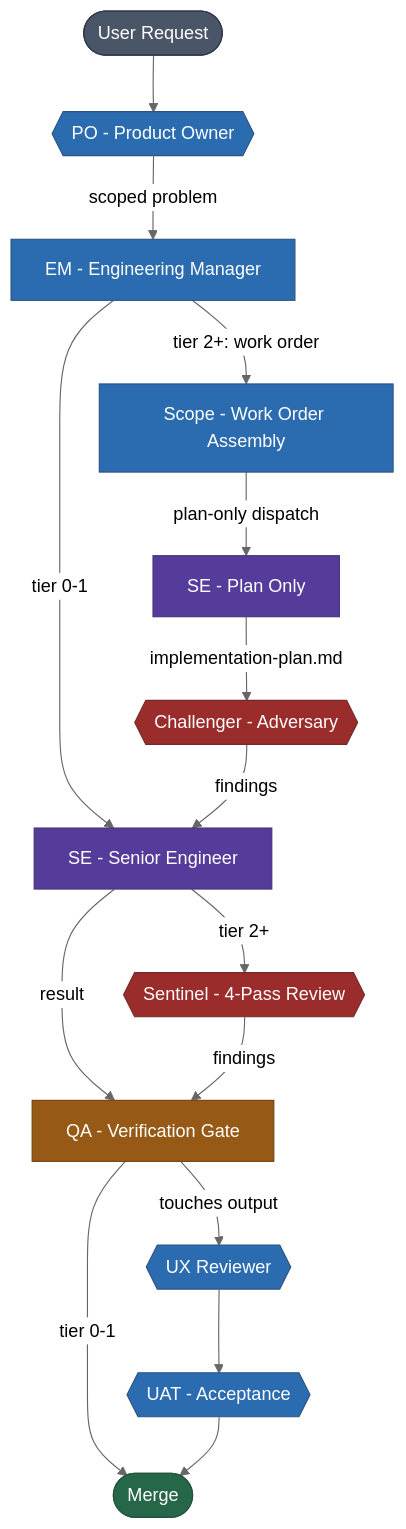
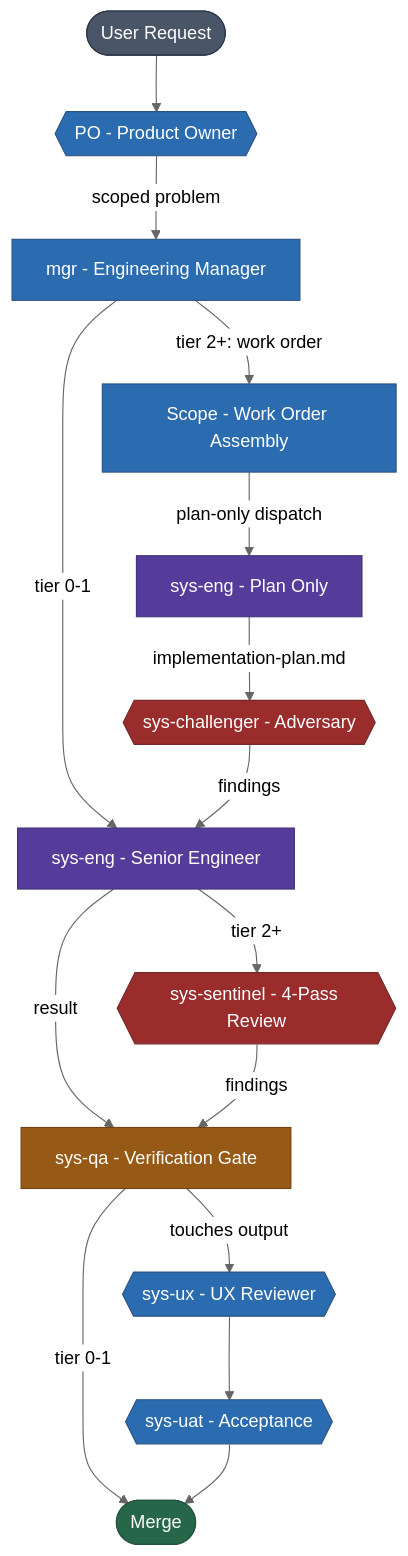
One commit to rfxn/rdf changed the diagram in README.md. Above: the diagram before and after it, drawn with Mermaid (neutral theme). The commit also changed other lines of this file, not shown here.

First line of the commit message:
Update README.md for RDF 2.0 architecture

````diff
--- a/README.md
+++ b/README.md
@@ -153,30 +154,30 @@
 ```mermaid
 flowchart TD
     User([User Request]) --> PO{{PO - Product Owner}}
-    PO -->|scoped problem| EM[EM - Engineering Manager]
-    EM -->|tier 2+: work order| Scope[Scope - Work Order Assembly]
-    EM -->|tier 0-1| SE
-    Scope -->|plan-only dispatch| SEPlan[SE - Plan Only]
-    SEPlan -->|implementation-plan.md| Challenger{{Challenger - Adversary}}
-    Challenger -->|findings| SE[SE - Senior Engineer]
-    SE -->|result| QA[QA - Verification Gate]
-    SE -->|tier 2+| Sentinel{{Sentinel - 4-Pass Review}}
-    Sentinel -->|findings| QA
-    QA -->|touches output| UX{{UX Reviewer}}
-    UX --> UAT{{UAT - Acceptance}}
-    QA -->|tier 0-1| Merge([Merge])
-    UAT --> Merge
+    PO -->|scoped problem| MGR[mgr - Engineering Manager]
+    MGR -->|tier 2+: work order| Scope[Scope - Work Order Assembly]
+    MGR -->|tier 0-1| SYSENG
+    Scope -->|plan-only dispatch| SYSENGPlan[sys-eng - Plan Only]
+    SYSENGPlan -->|implementation-plan.md| Challenger{{sys-challenger - Adversary}}
+    Challenger -->|findings| SYSENG[sys-eng - Senior Engineer]
+    SYSENG -->|result| SYSQA[sys-qa - Verification Gate]
+    SYSENG -->|tier 2+| Sentinel{{sys-sentinel - 4-Pass Review}}
+    Sentinel -->|findings| SYSQA
+    SYSQA -->|touches output| UX{{sys-ux - UX Reviewer}}
+    UX --> SYSUAT{{sys-uat - Acceptance}}
+    SYSQA -->|tier 0-1| Merge([Merge])
+    SYSUAT --> Merge
 
     style User fill:#4a5568,color:#fff,stroke:#2d3748
     style Merge fill:#276749,color:#fff,stroke:#22543d
-    style SE fill:#553c9a,color:#fff,stroke:#44337a
-    style SEPlan fill:#553c9a,color:#fff,stroke:#44337a
-    style EM fill:#2b6cb0,color:#fff,stroke:#2c5282
-    style QA fill:#975a16,color:#fff,stroke:#744210
+    style SYSENG fill:#553c9a,color:#fff,stroke:#44337a
+    style SYSENGPlan fill:#553c9a,color:#fff,stroke:#44337a
+    style MGR fill:#2b6cb0,color:#fff,stroke:#2c5282
+    style SYSQA fill:#975a16,color:#fff,stroke:#744210
     style Sentinel fill:#9b2c2c,color:#fff,stroke:#742a2a
     style Challenger fill:#9b2c2c,color:#fff,stroke:#742a2a
     style PO fill:#2b6cb0,color:#fff,stroke:#2c5282
     style Scope fill:#2b6cb0,color:#fff,stroke:#2c5282
     style UX fill:#2b6cb0,color:#fff,stroke:#2c5282
-    style UAT fill:#2b6cb0,color:#fff,stroke:#2c5282
+    style SYSUAT fill:#2b6cb0,color:#fff,stroke:#2c5282
 ```
````
